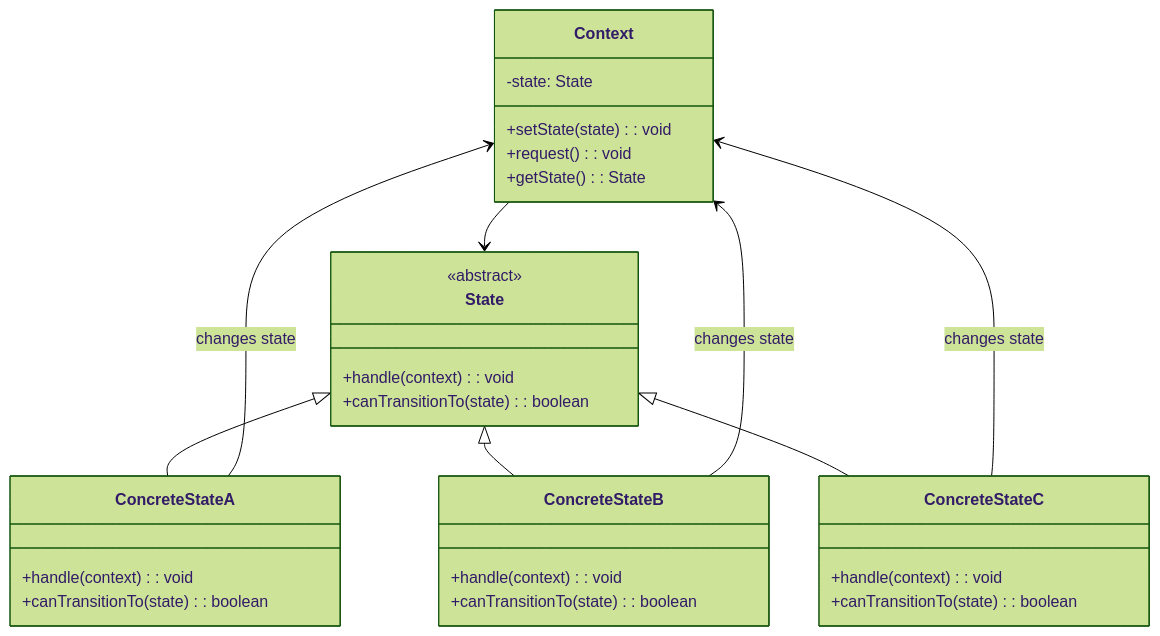
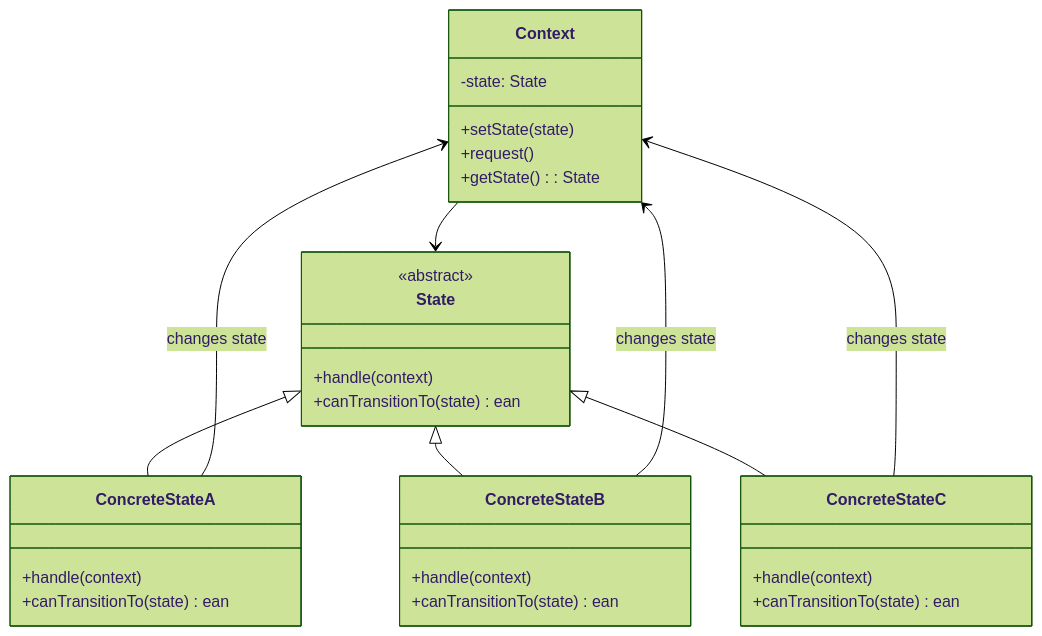
One commit to fanly/DesignPattern changed the first of 4 diagrams in resources/design-patterns/laravel/behavioral/state_en.md. Above: the diagram before and after it, drawn with Mermaid (forest theme). The commit also changed other lines of this file and 103 other files, not shown here.

````diff
--- a/resources/design-patterns/laravel/behavioral/state_en.md
+++ b/resources/design-patterns/laravel/behavioral/state_en.md
@@ -10,38 +10,38 @@
 ```mermaid
 classDiagram
     class Context {
         -state: State
-        +setState(state): void
-        +request(): void
+        +setState(state)
+        +request()
         +getState(): State
     }
     
     class State {
         <<abstract>>
-        +handle(context): void
-        +canTransitionTo(state): boolean
+        +handle(context)
+        +canTransitionTo(state)ean
     }
     
     class ConcreteStateA {
-        +handle(context): void
-        +canTransitionTo(state): boolean
+        +handle(context)
+        +canTransitionTo(state)ean
     }
     
     class ConcreteStateB {
-        +handle(context): void
-        +canTransitionTo(state): boolean
+        +handle(context)
+        +canTransitionTo(state)ean
     }
     
     class ConcreteStateC {
-        +handle(context): void
-        +canTransitionTo(state): boolean
+        +handle(context)
+        +canTransitionTo(state)ean
     }
     
     Context --> State
     State <|-- ConcreteStateA
     State <|-- ConcreteStateB
     State <|-- ConcreteStateC
     ConcreteStateA --> Context : changes state
     ConcreteStateB --> Context : changes state
     ConcreteStateC --> Context : changes state
 ```
````
